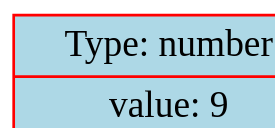
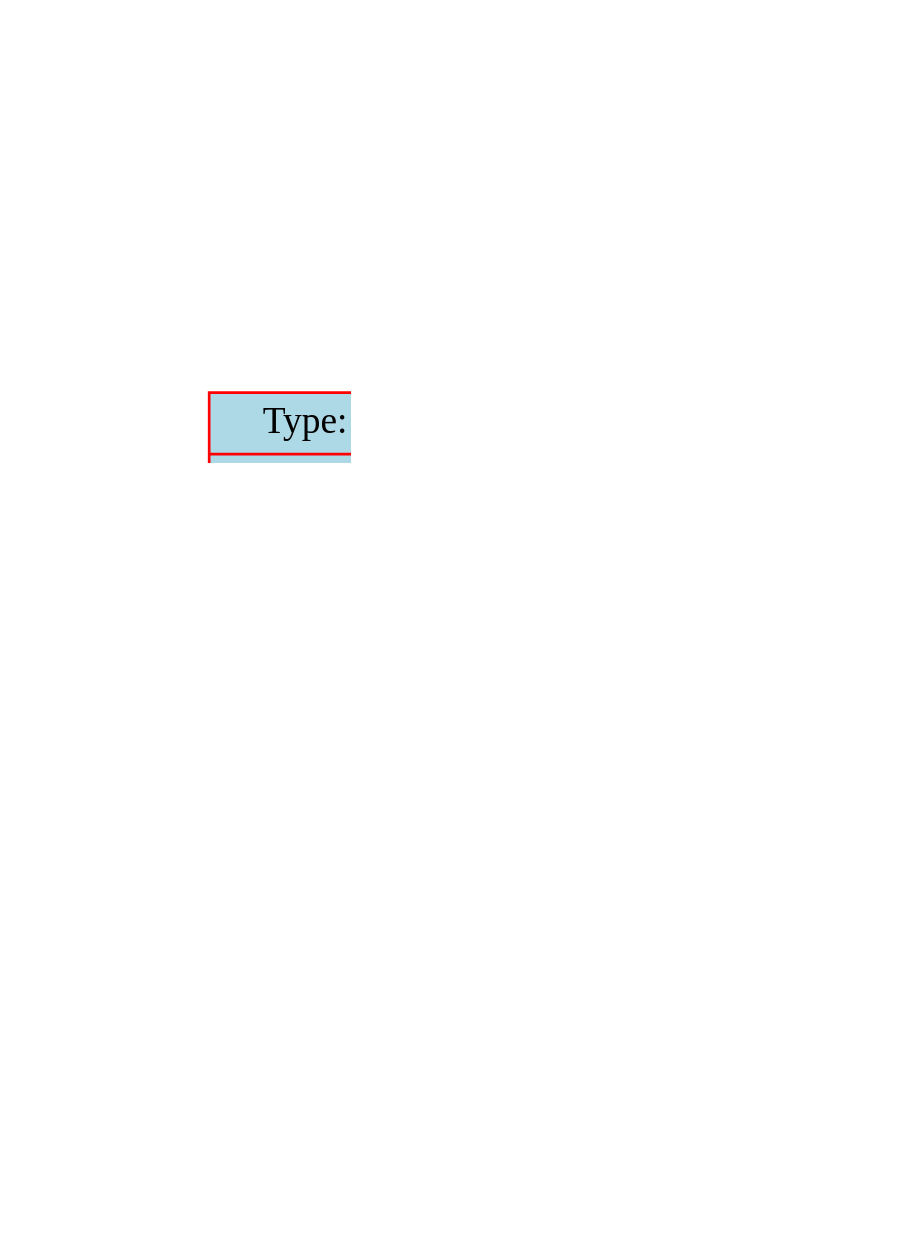
The diagram in data/graph.dot (dodokek/Derivative-Calculator), drawn with Graphviz before and after one commit. The commit also changed 9 other files, not shown here.

```diff
--- a/data/graph.dot
+++ b/data/graph.dot
@@ -1,13 +1,28 @@
 
     digraph g {
         dpi      = 200;
         fontname = "Comic Sans MS";
         fontsize = 20;
         rankdir   =  TB;
         edge [color = darkgrey, arrowhead = onormal, arrowsize = 1, penwidth = 1.2]
         graph[fillcolor = lightgreen, ranksep = 1.3, nodesep = 0.5,
         style = "rounded, filled",color = green, penwidth = 2]
 
-    Node00000284e5ee62e0[shape=record, width=0.2, style="filled", color="red", fillcolor="lightblue",label=" {Type: number | value: 9}"] 
+    Node0000016ed80e1770[shape=record, width=0.2, style="filled", color="red", fillcolor="lightblue",label=" {Type: operation | value: \cdot}"] 
  
+Node0000016ed80e1740[shape=record, width=0.2, style="filled", color="red", fillcolor="lightblue",label=" {Type: operation | value: /}"] 
+ 
+Node0000016ed80e1710[shape=record, width=0.2, style="filled", color="red", fillcolor="lightblue",label=" {Type: number | value: 1}"] 
+ 
+Node0000016ed80e16e0[shape=record, width=0.2, style="filled", color="red", fillcolor="lightblue",label=" {Type: operation | value: cos}"] 
+ 
+Node0000016ed80e16b0[shape=record, width=0.2, style="filled", color="red", fillcolor="lightblue",label=" {Type: variable | value: X}"] 
+ 
+Node0000016ed80e14a0[shape=record, width=0.2, style="filled", color="red", fillcolor="lightblue",label=" {Type: number | value: 1}"] 
+ 
+Node0000016ed80e1770->Node0000016ed80e1740
+Node0000016ed80e1740->Node0000016ed80e1710
+Node0000016ed80e1740->Node0000016ed80e16e0
+Node0000016ed80e16e0->Node0000016ed80e16b0
+Node0000016ed80e1770->Node0000016ed80e14a0
 }
```
